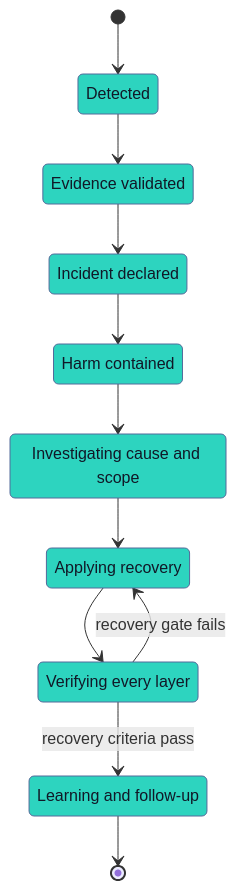
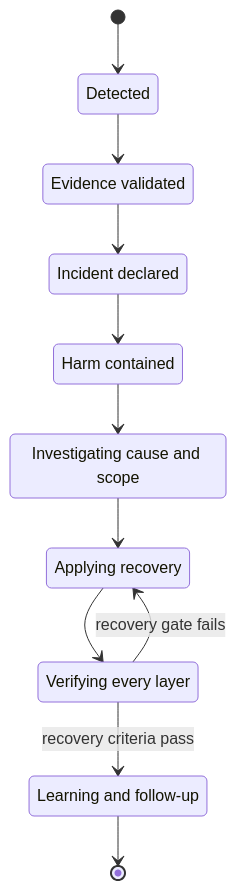
Before and after one commit to senlinyy/dev-roadmaps: the second of 9 diagrams in roadmaps/mlops/modules/deployment-and-release-management/rollback-and-recovery/01-ml-incident-response-basics.md, drawn with Mermaid. The commit also changed other lines of this file and 152 other files, not shown here.

Commit message:
feat: mlops and diagrams updated

````diff
--- a/roadmaps/mlops/modules/deployment-and-release-management/rollback-and-recovery/01-ml-incident-response-basics.md
+++ b/roadmaps/mlops/modules/deployment-and-release-management/rollback-and-recovery/01-ml-incident-response-basics.md
@@ -101,24 +101,23 @@
 ```mermaid
 stateDiagram-v2
     state "Evidence validated" as EvidenceValidated
     state "Incident declared" as Declared
     state "Harm contained" as Contained
     state "Investigating cause and scope" as Investigating
     state "Applying recovery" as Recovering
     state "Verifying every layer" as Verifying
     state "Learning and follow-up" as Learning
 
     [*] --> Detected
     Detected --> EvidenceValidated
     EvidenceValidated --> Declared
     Declared --> Contained
     Contained --> Investigating
     Investigating --> Recovering
     Recovering --> Verifying
     Verifying --> Recovering: recovery gate fails
     Verifying --> Learning: recovery criteria pass
     Learning --> [*]
 
-    classDef phase fill:#2DD4BF,stroke:#536A9A,color:#111827
     class Detected,EvidenceValidated,Declared,Contained,Investigating,Recovering,Verifying,Learning phase
 ```
````
